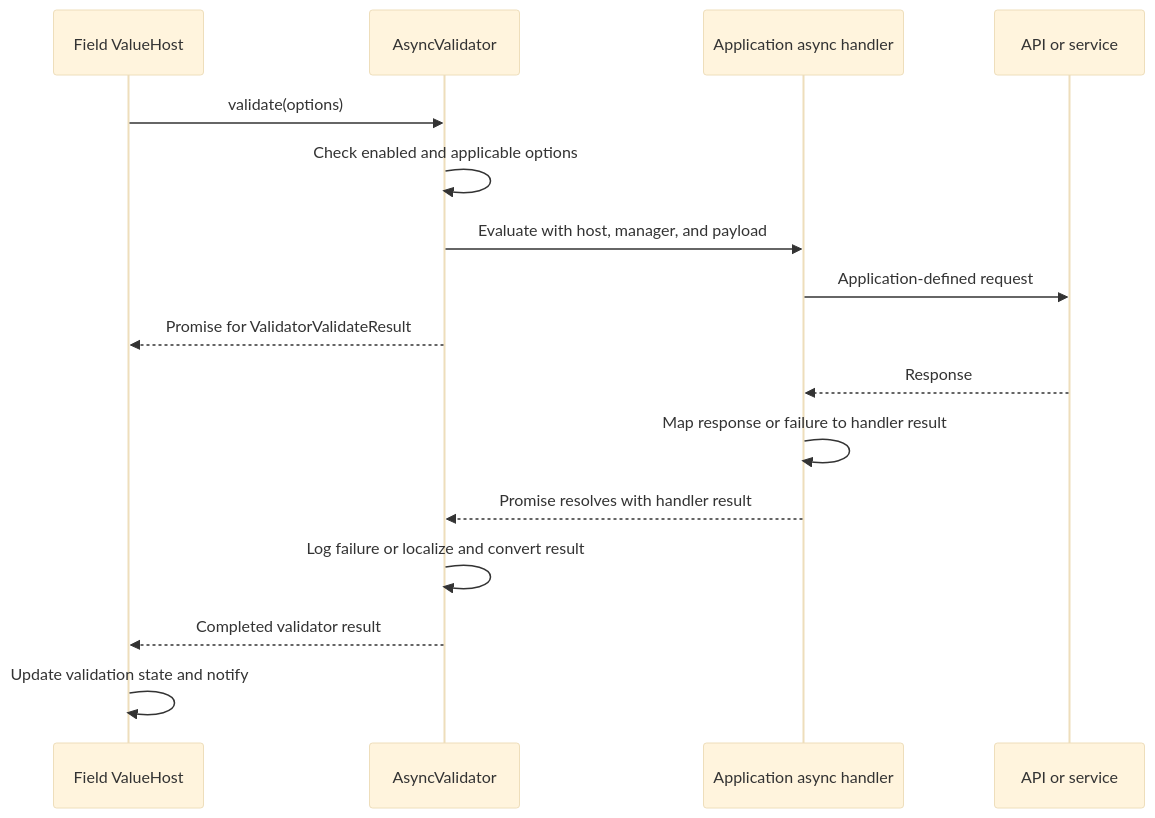
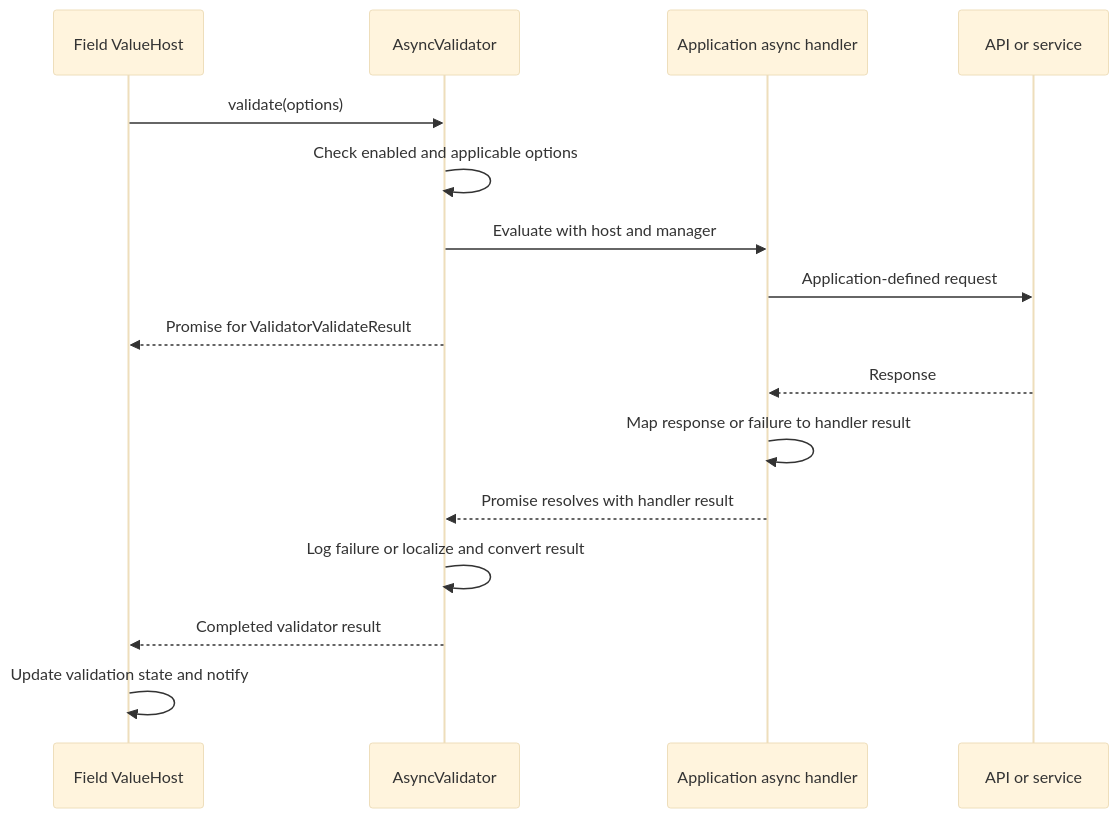
One commit to plblum/jivs changed the diagram in planning/AsyncValidator_design.md. Above: the diagram before and after it, drawn with Mermaid (base theme). The commit also changed other lines of this file and 6 other files, not shown here.

````diff
--- a/planning/AsyncValidator_design.md
+++ b/planning/AsyncValidator_design.md
@@ -71,18 +71,18 @@
 ```mermaid
 sequenceDiagram
     participant H as Field ValueHost
     participant V as AsyncValidator
     participant A as Application async handler
     participant S as API or service
     H->>V: validate(options)
     V->>V: Check enabled and applicable options
-    V->>A: Evaluate with host, manager, and payload
+    V->>A: Evaluate with host and manager
     A->>S: Application-defined request
     V-->>H: Promise for ValidatorValidateResult
     S-->>A: Response
     A->>A: Map response or failure to handler result
     A-->>V: Promise resolves with handler result
     V->>V: Log failure or localize and convert result
     V-->>H: Completed validator result
     H->>H: Update validation state and notify
 ```
````
